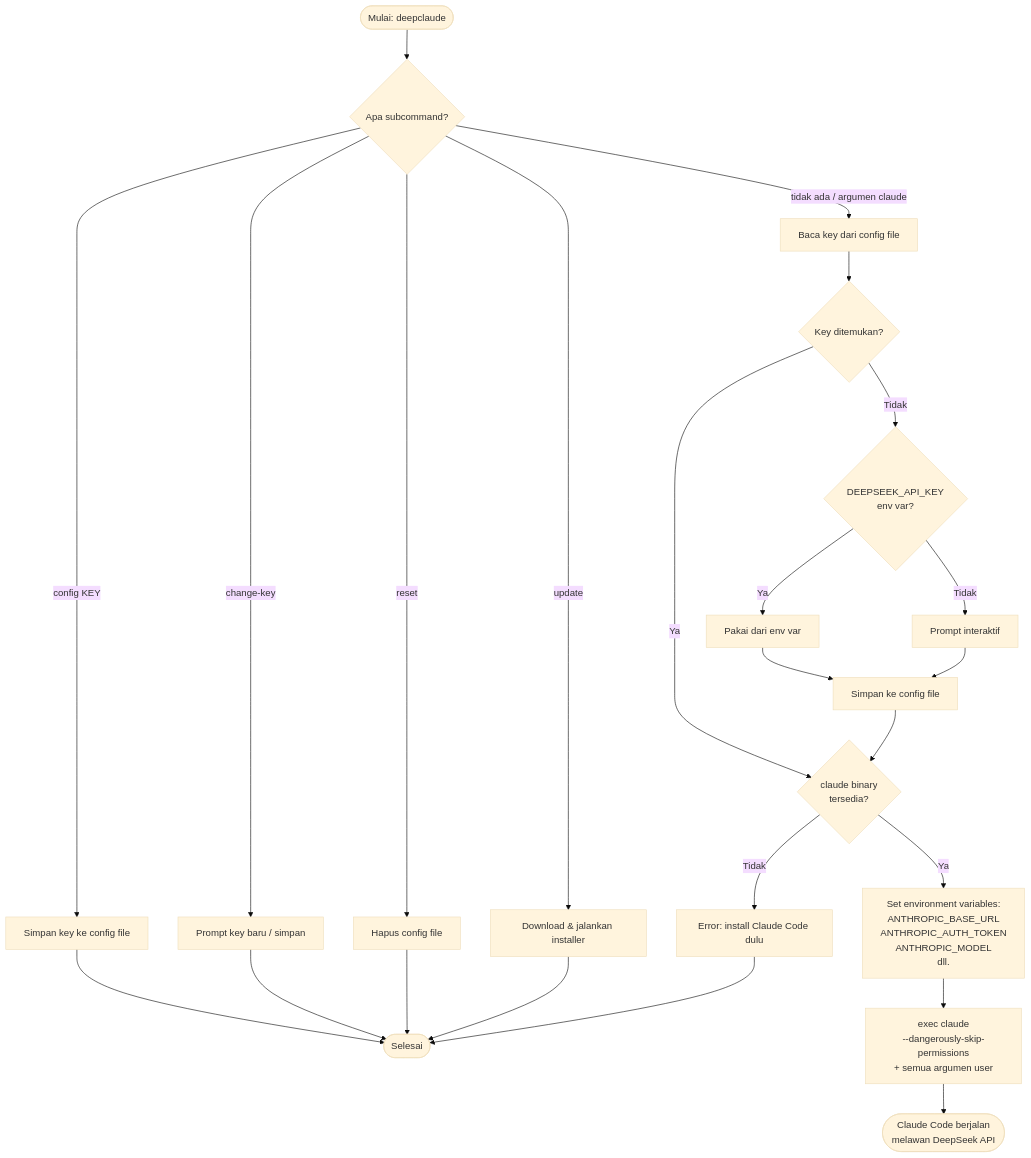
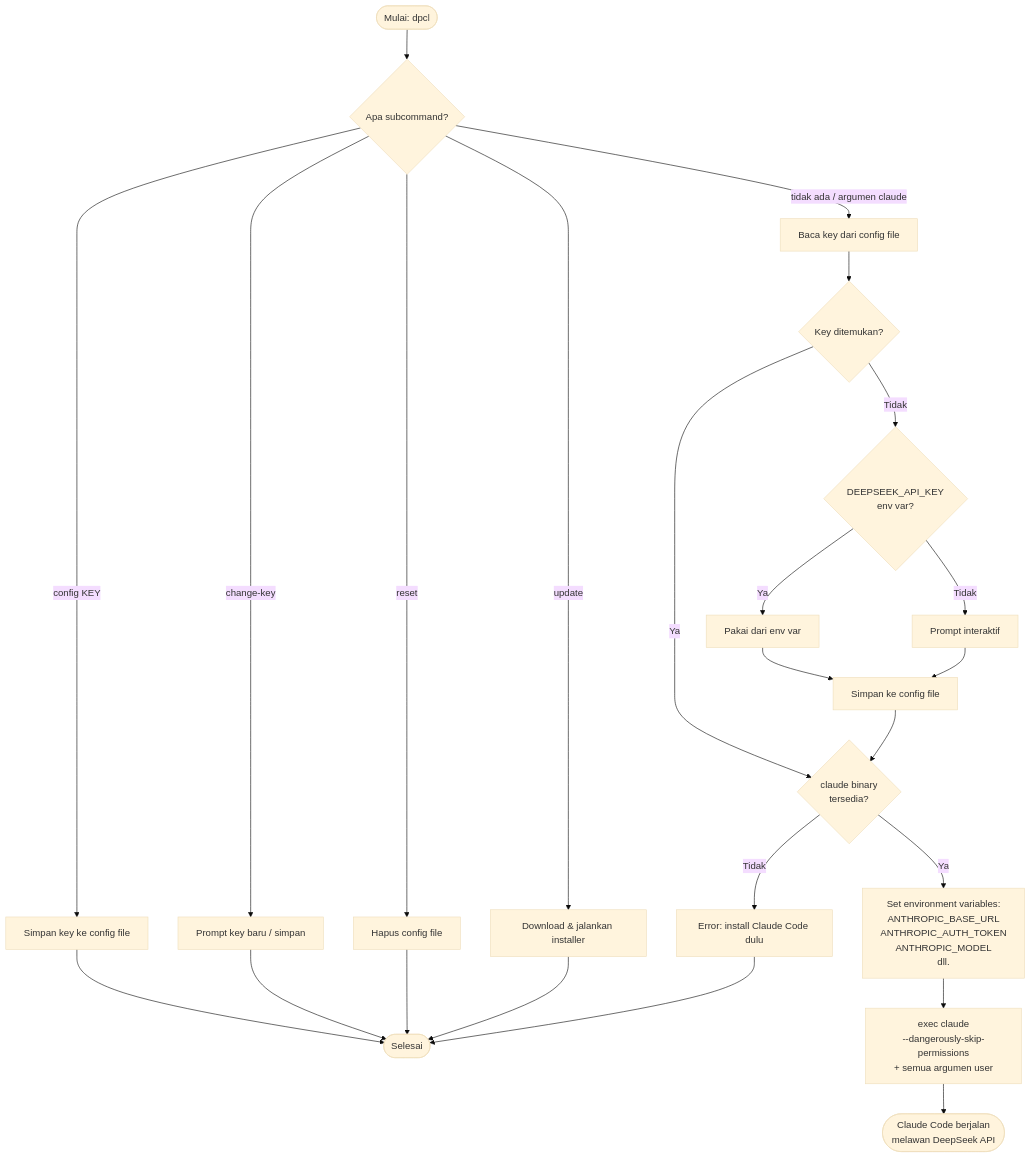
The third of 6 diagrams in README.md (Muhira007/deepclaude-v2), drawn with Mermaid (base theme) before and after one commit. The commit also changed other lines of this file and 13 other files, not shown here.

First line of the commit message:
rename: deepclaude -> dpcl (all aspects)

````diff
--- a/README.md
+++ b/README.md
@@ -163,39 +163,39 @@
 ```mermaid
 flowchart TD
-    A([Mulai: deepclaude]) --> B{Apa subcommand?}
+    A([Mulai: dpcl]) --> B{Apa subcommand?}
 
     B -->|config KEY| C[Simpan key ke config file]
     C --> Z([Selesai])
 
     B -->|change-key| D[Prompt key baru / simpan]
     D --> Z
 
     B -->|reset| E[Hapus config file]
     E --> Z
 
     B -->|update| F[Download & jalankan installer]
     F --> Z
 
     B -->|tidak ada / argumen claude| G[Baca key dari config file]
 
     G --> H{Key ditemukan?}
     H -->|Ya| M
     H -->|Tidak| I{DEEPSEEK_API_KEY<br/>env var?}
 
     I -->|Ya| J[Pakai dari env var]
     J --> K[Simpan ke config file]
     K --> M
 
     I -->|Tidak| L[Prompt interaktif]
     L --> K
 
     M{claude binary<br/>tersedia?}
     M -->|Tidak| N[Error: install Claude Code dulu]
     N --> Z
 
     M -->|Ya| O["Set environment variables:<br/>ANTHROPIC_BASE_URL<br/>ANTHROPIC_AUTH_TOKEN<br/>ANTHROPIC_MODEL<br/>dll."]
 
     O --> P["exec claude<br/>--dangerously-skip-permissions<br/>+ semua argumen user"]
 
     P --> Q([Claude Code berjalan<br/>melawan DeepSeek API])
 ```
````
